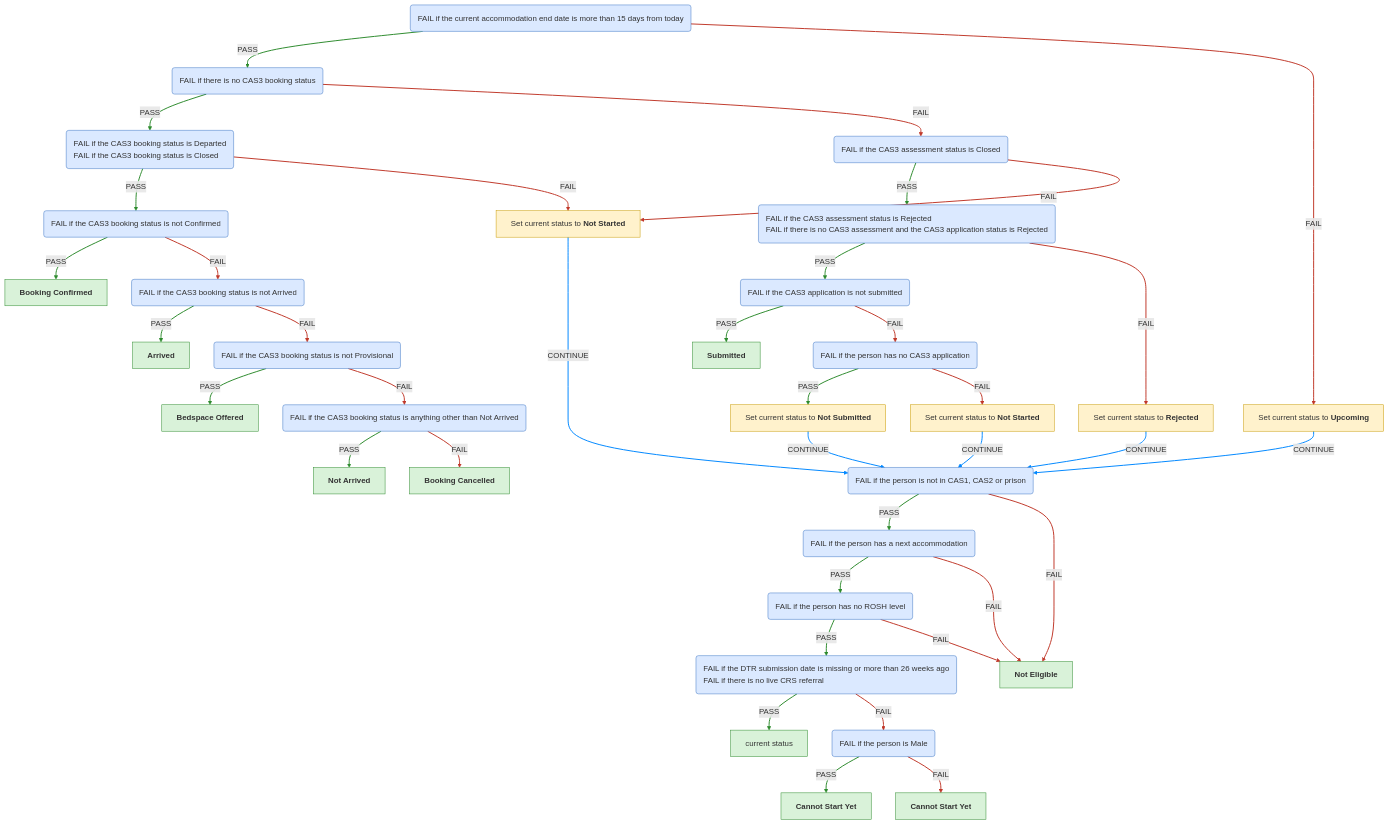
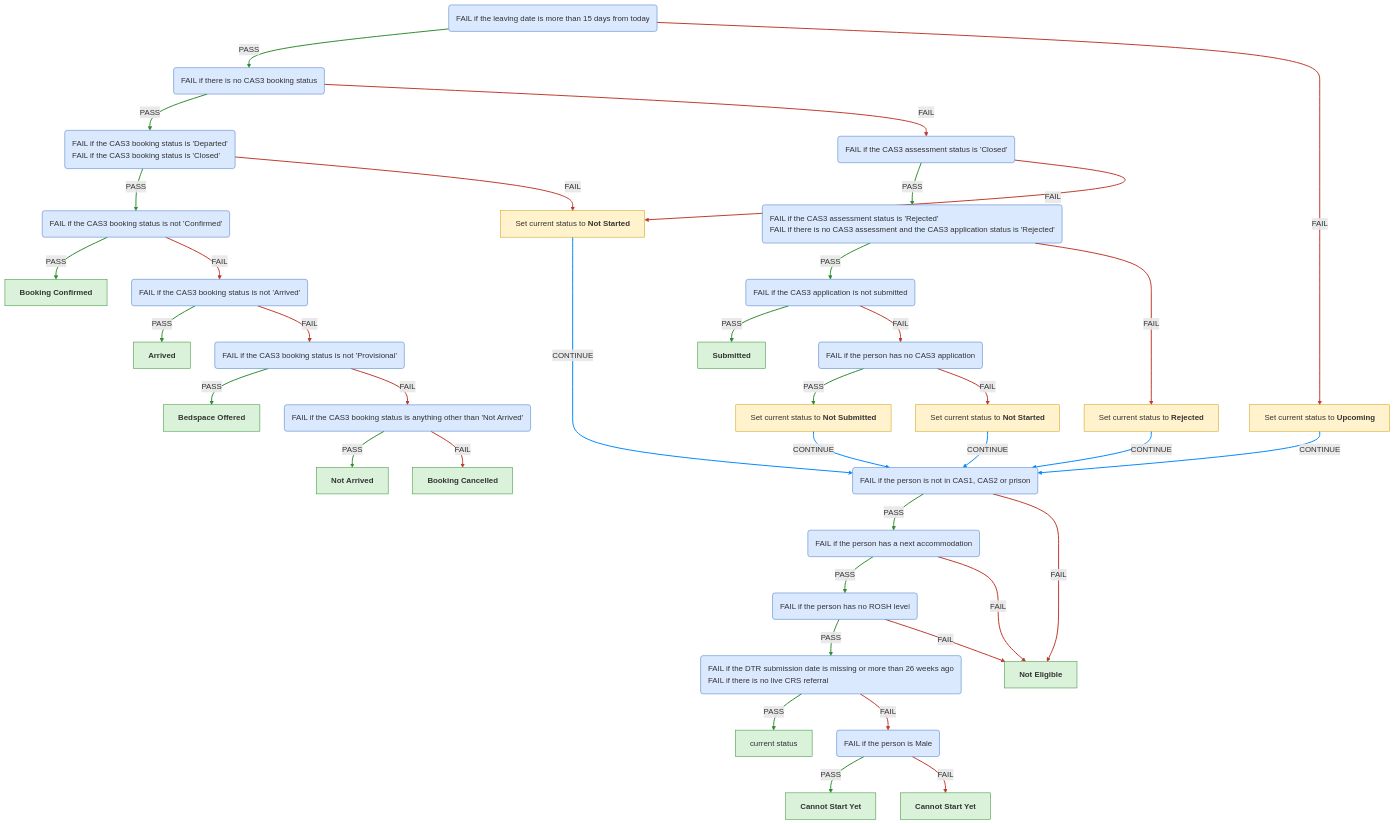
One commit to ministryofjustice/hmpps-single-accommodation-service-api changed the third of 6 diagrams in docs/eligibility-rules-graph.md. Above: the diagram before and after it, drawn with Mermaid. The commit also changed other lines of this file and 260 other files, not shown here.

Commit message:
chore/SAS-1544-Review-FAIL-and-PASS-text-and-file-naming-for-rules-engine

````diff
--- a/docs/eligibility-rules-graph.md
+++ b/docs/eligibility-rules-graph.md
@@ -450,17 +450,17 @@
 ```mermaid
 %%{init: {"flowchart": {"wrappingWidth": 800}}}%%
 flowchart TD
-  PASS_if_the_current_accommodation_end_date_is_missing_or_within_15_days_of_today("<div style='text-align:left'>FAIL if the current accommodation end date is more than 15 days from today</div>")
+  PASS_if_the_leaving_date_is_missing_or_within_15_days_of_today("<div style='text-align:left'>FAIL if the leaving date is more than 15 days from today</div>")
   PASS_if_there_is_a_CAS3_booking_status("<div style='text-align:left'>FAIL if there is no CAS3 booking status</div>")
-  PASS_if_the_CAS3_booking_status_is_not_Departed_or_Closed("<div style='text-align:left'>FAIL if the CAS3 booking status is Departed
-FAIL if the CAS3 booking status is Closed</div>")
-  PASS_if_the_CAS3_booking_status_is_Confirmed("<div style='text-align:left'>FAIL if the CAS3 booking status is not Confirmed</div>")
+  PASS_if_the_CAS3_booking_status_is_not__Departed__or__Closed_("<div style='text-align:left'>FAIL if the CAS3 booking status is 'Departed'
+FAIL if the CAS3 booking status is 'Closed'</div>")
+  PASS_if_the_CAS3_booking_status_is__Confirmed_("<div style='text-align:left'>FAIL if the CAS3 booking status is not 'Confirmed'</div>")
   CAS3_BOOKING_CONFIRMED["<b>Booking Confirmed</b>"]
-  PASS_if_the_CAS3_booking_status_is_Arrived("<div style='text-align:left'>FAIL if the CAS3 booking status is not Arrived</div>")
+  PASS_if_the_CAS3_booking_status_is__Arrived_("<div style='text-align:left'>FAIL if the CAS3 booking status is not 'Arrived'</div>")
   CAS3_ARRIVED["<b>Arrived</b>"]
-  PASS_if_the_CAS3_booking_status_is_Provisional("<div style='text-align:left'>FAIL if the CAS3 booking status is not Provisional</div>")
+  PASS_if_the_CAS3_booking_status_is__Provisional_("<div style='text-align:left'>FAIL if the CAS3 booking status is not 'Provisional'</div>")
   CAS3_BEDSPACE_OFFERED["<b>Bedspace Offered</b>"]
-  PASS_if_the_CAS3_booking_status_is_Not_Arrived("<div style='text-align:left'>FAIL if the CAS3 booking status is anything other than Not Arrived</div>")
+  PASS_if_the_CAS3_booking_status_is__Not_Arrived_("<div style='text-align:left'>FAIL if the CAS3 booking status is anything other than 'Not Arrived'</div>")
   CAS3_NOT_ARRIVED["<b>Not Arrived</b>"]
   CAS3_BOOKING_CANCELLED["<b>Booking Cancelled</b>"]
   PASS_if_the_person_is_in_CAS1__CAS2_or_prison("<div style='text-align:left'>FAIL if the person is not in CAS1, CAS2 or prison</div>")
@@ -474,9 +474,9 @@
   outcome_Cas3CannotStartMaleContextUpdater["<b>Cannot Start Yet</b>"]
   CAS3_NOT_ELIGIBLE["<b>Not Eligible</b>"]
   updater_Cas3NotStartedNewContextUpdater_PASS_if_the_person_is_in_CAS1__CAS2_or_prison["Set current status to <b>Not Started</b>"]
-  PASS_if_the_CAS3_assessment_status_is_not_Closed("<div style='text-align:left'>FAIL if the CAS3 assessment status is Closed</div>")
-  PASS_if_the_CAS3_referral_has_not_been_rejected("<div style='text-align:left'>FAIL if the CAS3 assessment status is Rejected
-FAIL if there is no CAS3 assessment and the CAS3 application status is Rejected</div>")
+  PASS_if_the_CAS3_assessment_status_is_not__Closed_("<div style='text-align:left'>FAIL if the CAS3 assessment status is 'Closed'</div>")
+  PASS_if_the_CAS3_referral_has_not_been_rejected("<div style='text-align:left'>FAIL if the CAS3 assessment status is 'Rejected'
+FAIL if there is no CAS3 assessment and the CAS3 application status is 'Rejected'</div>")
   PASS_if_the_CAS3_application_is_submitted("<div style='text-align:left'>FAIL if the CAS3 application is not submitted</div>")
   CAS3_SUBMITTED["<b>Submitted</b>"]
   PASS_if_a_CAS3_application_exists("<div style='text-align:left'>FAIL if the person has no CAS3 application</div>")
@@ -484,15 +484,15 @@
   updater_Cas3NotStartedContextUpdater_PASS_if_the_person_is_in_CAS1__CAS2_or_prison["Set current status to <b>Not Started</b>"]
   updater_Cas3RejectedContextUpdater_PASS_if_the_person_is_in_CAS1__CAS2_or_prison["Set current status to <b>Rejected</b>"]
   updater_Cas3UpcomingContextUpdater_PASS_if_the_person_is_in_CAS1__CAS2_or_prison["Set current status to <b>Upcoming</b>"]
-  PASS_if_the_CAS3_booking_status_is_Confirmed -->|PASS| CAS3_BOOKING_CONFIRMED
-  PASS_if_the_CAS3_booking_status_is_Arrived -->|PASS| CAS3_ARRIVED
-  PASS_if_the_CAS3_booking_status_is_Provisional -->|PASS| CAS3_BEDSPACE_OFFERED
-  PASS_if_the_CAS3_booking_status_is_Not_Arrived -->|PASS| CAS3_NOT_ARRIVED
-  PASS_if_the_CAS3_booking_status_is_Not_Arrived -->|FAIL| CAS3_BOOKING_CANCELLED
-  PASS_if_the_CAS3_booking_status_is_Provisional -->|FAIL| PASS_if_the_CAS3_booking_status_is_Not_Arrived
-  PASS_if_the_CAS3_booking_status_is_Arrived -->|FAIL| PASS_if_the_CAS3_booking_status_is_Provisional
-  PASS_if_the_CAS3_booking_status_is_Confirmed -->|FAIL| PASS_if_the_CAS3_booking_status_is_Arrived
-  PASS_if_the_CAS3_booking_status_is_not_Departed_or_Closed -->|PASS| PASS_if_the_CAS3_booking_status_is_Confirmed
+  PASS_if_the_CAS3_booking_status_is__Confirmed_ -->|PASS| CAS3_BOOKING_CONFIRMED
+  PASS_if_the_CAS3_booking_status_is__Arrived_ -->|PASS| CAS3_ARRIVED
+  PASS_if_the_CAS3_booking_status_is__Provisional_ -->|PASS| CAS3_BEDSPACE_OFFERED
+  PASS_if_the_CAS3_booking_status_is__Not_Arrived_ -->|PASS| CAS3_NOT_ARRIVED
+  PASS_if_the_CAS3_booking_status_is__Not_Arrived_ -->|FAIL| CAS3_BOOKING_CANCELLED
+  PASS_if_the_CAS3_booking_status_is__Provisional_ -->|FAIL| PASS_if_the_CAS3_booking_status_is__Not_Arrived_
+  PASS_if_the_CAS3_booking_status_is__Arrived_ -->|FAIL| PASS_if_the_CAS3_booking_status_is__Provisional_
+  PASS_if_the_CAS3_booking_status_is__Confirmed_ -->|FAIL| PASS_if_the_CAS3_booking_status_is__Arrived_
+  PASS_if_the_CAS3_booking_status_is_not__Departed__or__Closed_ -->|PASS| PASS_if_the_CAS3_booking_status_is__Confirmed_
   PASS_if_the_DTR_was_submitted_in_the_last_26_weeks_and_there_is_a_live_CRS_referral -->|PASS| confirmed
   PASS_if_the_person_is_not_Male -->|PASS| outcome_Cas3CannotStartNotMaleContextUpdater
   PASS_if_the_person_is_not_Male -->|FAIL| outcome_Cas3CannotStartMaleContextUpdater
@@ -503,9 +503,9 @@
   PASS_if_the_person_has_no_next_accommodation -->|FAIL| CAS3_NOT_ELIGIBLE
   PASS_if_the_person_is_in_CAS1__CAS2_or_prison -->|PASS| PASS_if_the_person_has_no_next_accommodation
   PASS_if_the_person_is_in_CAS1__CAS2_or_prison -->|FAIL| CAS3_NOT_ELIGIBLE
-  PASS_if_the_CAS3_booking_status_is_not_Departed_or_Closed -->|FAIL| updater_Cas3NotStartedNewContextUpdater_PASS_if_the_person_is_in_CAS1__CAS2_or_prison
+  PASS_if_the_CAS3_booking_status_is_not__Departed__or__Closed_ -->|FAIL| updater_Cas3NotStartedNewContextUpdater_PASS_if_the_person_is_in_CAS1__CAS2_or_prison
   updater_Cas3NotStartedNewContextUpdater_PASS_if_the_person_is_in_CAS1__CAS2_or_prison -->|CONTINUE| PASS_if_the_person_is_in_CAS1__CAS2_or_prison
-  PASS_if_there_is_a_CAS3_booking_status -->|PASS| PASS_if_the_CAS3_booking_status_is_not_Departed_or_Closed
+  PASS_if_there_is_a_CAS3_booking_status -->|PASS| PASS_if_the_CAS3_booking_status_is_not__Departed__or__Closed_
   PASS_if_the_CAS3_application_is_submitted -->|PASS| CAS3_SUBMITTED
   PASS_if_a_CAS3_application_exists -->|PASS| updater_Cas3NotSubmittedContextUpdater_PASS_if_the_person_is_in_CAS1__CAS2_or_prison
   updater_Cas3NotSubmittedContextUpdater_PASS_if_the_person_is_in_CAS1__CAS2_or_prison -->|CONTINUE| PASS_if_the_person_is_in_CAS1__CAS2_or_prison
@@ -515,11 +515,11 @@
   PASS_if_the_CAS3_referral_has_not_been_rejected -->|PASS| PASS_if_the_CAS3_application_is_submitted
   PASS_if_the_CAS3_referral_has_not_been_rejected -->|FAIL| updater_Cas3RejectedContextUpdater_PASS_if_the_person_is_in_CAS1__CAS2_or_prison
   updater_Cas3RejectedContextUpdater_PASS_if_the_person_is_in_CAS1__CAS2_or_prison -->|CONTINUE| PASS_if_the_person_is_in_CAS1__CAS2_or_prison
-  PASS_if_the_CAS3_assessment_status_is_not_Closed -->|PASS| PASS_if_the_CAS3_referral_has_not_been_rejected
-  PASS_if_the_CAS3_assessment_status_is_not_Closed -->|FAIL| updater_Cas3NotStartedNewContextUpdater_PASS_if_the_person_is_in_CAS1__CAS2_or_prison
-  PASS_if_there_is_a_CAS3_booking_status -->|FAIL| PASS_if_the_CAS3_assessment_status_is_not_Closed
-  PASS_if_the_current_accommodation_end_date_is_missing_or_within_15_days_of_today -->|PASS| PASS_if_there_is_a_CAS3_booking_status
-  PASS_if_the_current_accommodation_end_date_is_missing_or_within_15_days_of_today -->|FAIL| updater_Cas3UpcomingContextUpdater_PASS_if_the_person_is_in_CAS1__CAS2_or_prison
+  PASS_if_the_CAS3_assessment_status_is_not__Closed_ -->|PASS| PASS_if_the_CAS3_referral_has_not_been_rejected
+  PASS_if_the_CAS3_assessment_status_is_not__Closed_ -->|FAIL| updater_Cas3NotStartedNewContextUpdater_PASS_if_the_person_is_in_CAS1__CAS2_or_prison
+  PASS_if_there_is_a_CAS3_booking_status -->|FAIL| PASS_if_the_CAS3_assessment_status_is_not__Closed_
+  PASS_if_the_leaving_date_is_missing_or_within_15_days_of_today -->|PASS| PASS_if_there_is_a_CAS3_booking_status
+  PASS_if_the_leaving_date_is_missing_or_within_15_days_of_today -->|FAIL| updater_Cas3UpcomingContextUpdater_PASS_if_the_person_is_in_CAS1__CAS2_or_prison
   updater_Cas3UpcomingContextUpdater_PASS_if_the_person_is_in_CAS1__CAS2_or_prison -->|CONTINUE| PASS_if_the_person_is_in_CAS1__CAS2_or_prison
   linkStyle 0,1,2,3,8,9,10,13,15,17,21,22,23,28,31,34 stroke:#2e8b2e,stroke-width:2px
   linkStyle 4,5,6,7,11,12,14,16,18,19,25,27,29,32,33,35 stroke:#c0392b,stroke-width:2px
@@ -527,7 +527,7 @@
   classDef ruleSetNode fill:#dbe9ff,stroke:#3b73c4,color:#333
   classDef outcomeNode fill:#d9f2d9,stroke:#2e8b2e,color:#333
   classDef updaterNode fill:#fff2cc,stroke:#c99a00,color:#333
-  class PASS_if_the_current_accommodation_end_date_is_missing_or_within_15_days_of_today,PASS_if_there_is_a_CAS3_booking_status,PASS_if_the_CAS3_booking_status_is_not_Departed_or_Closed,PASS_if_the_CAS3_booking_status_is_Confirmed,PASS_if_the_CAS3_booking_status_is_Arrived,PASS_if_the_CAS3_booking_status_is_Provisional,PASS_if_the_CAS3_booking_status_is_Not_Arrived,PASS_if_the_person_is_in_CAS1__CAS2_or_prison,PASS_if_the_person_has_no_next_accommodation,PASS_if_the_person_has_a_ROSH_level,PASS_if_the_DTR_was_submitted_in_the_last_26_weeks_and_there_is_a_live_CRS_referral,PASS_if_the_person_is_not_Male,PASS_if_the_CAS3_assessment_status_is_not_Closed,PASS_if_the_CAS3_referral_has_not_been_rejected,PASS_if_the_CAS3_application_is_submitted,PASS_if_a_CAS3_application_exists ruleSetNode
+  class PASS_if_the_leaving_date_is_missing_or_within_15_days_of_today,PASS_if_there_is_a_CAS3_booking_status,PASS_if_the_CAS3_booking_status_is_not__Departed__or__Closed_,PASS_if_the_CAS3_booking_status_is__Confirmed_,PASS_if_the_CAS3_booking_status_is__Arrived_,PASS_if_the_CAS3_booking_status_is__Provisional_,PASS_if_the_CAS3_booking_status_is__Not_Arrived_,PASS_if_the_person_is_in_CAS1__CAS2_or_prison,PASS_if_the_person_has_no_next_accommodation,PASS_if_the_person_has_a_ROSH_level,PASS_if_the_DTR_was_submitted_in_the_last_26_weeks_and_there_is_a_live_CRS_referral,PASS_if_the_person_is_not_Male,PASS_if_the_CAS3_assessment_status_is_not__Closed_,PASS_if_the_CAS3_referral_has_not_been_rejected,PASS_if_the_CAS3_application_is_submitted,PASS_if_a_CAS3_application_exists ruleSetNode
   class CAS3_BOOKING_CONFIRMED,CAS3_ARRIVED,CAS3_BEDSPACE_OFFERED,CAS3_NOT_ARRIVED,CAS3_BOOKING_CANCELLED,confirmed,outcome_Cas3CannotStartNotMaleContextUpdater,outcome_Cas3CannotStartMaleContextUpdater,CAS3_NOT_ELIGIBLE,CAS3_SUBMITTED outcomeNode
   class updater_Cas3NotStartedNewContextUpdater_PASS_if_the_person_is_in_CAS1__CAS2_or_prison,updater_Cas3NotSubmittedContextUpdater_PASS_if_the_person_is_in_CAS1__CAS2_or_prison,updater_Cas3NotStartedContextUpdater_PASS_if_the_person_is_in_CAS1__CAS2_or_prison,updater_Cas3RejectedContextUpdater_PASS_if_the_person_is_in_CAS1__CAS2_or_prison,updater_Cas3UpcomingContextUpdater_PASS_if_the_person_is_in_CAS1__CAS2_or_prison updaterNode
 ```
````
